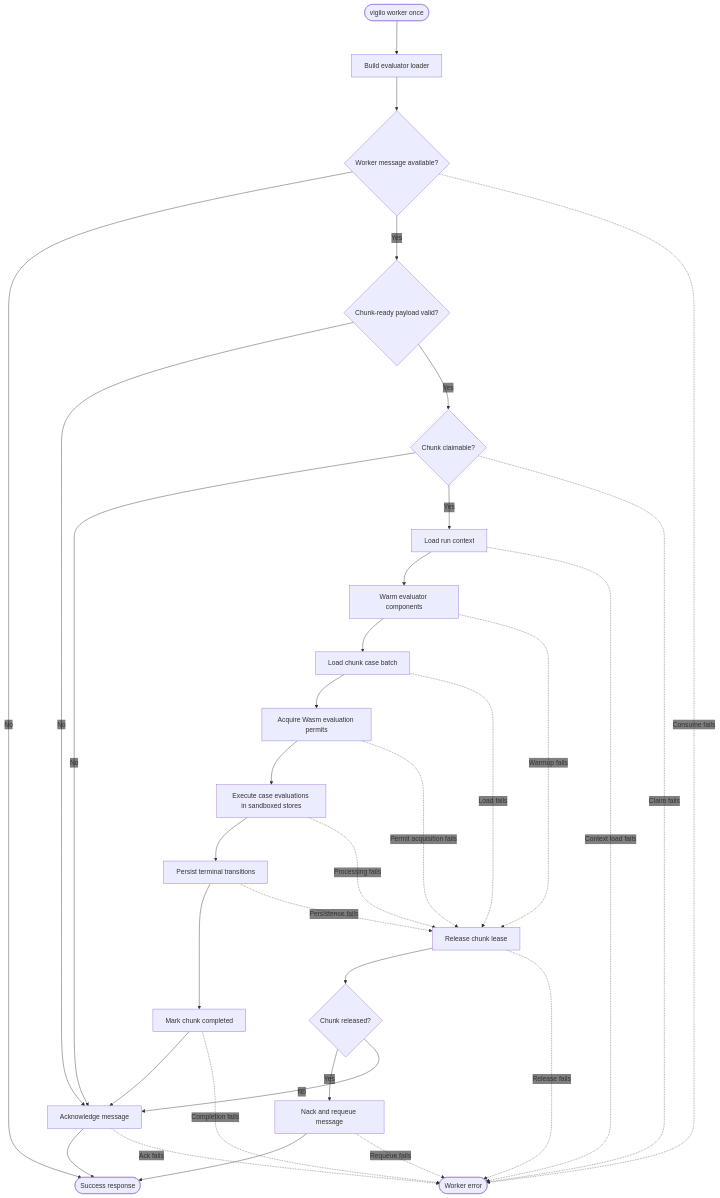
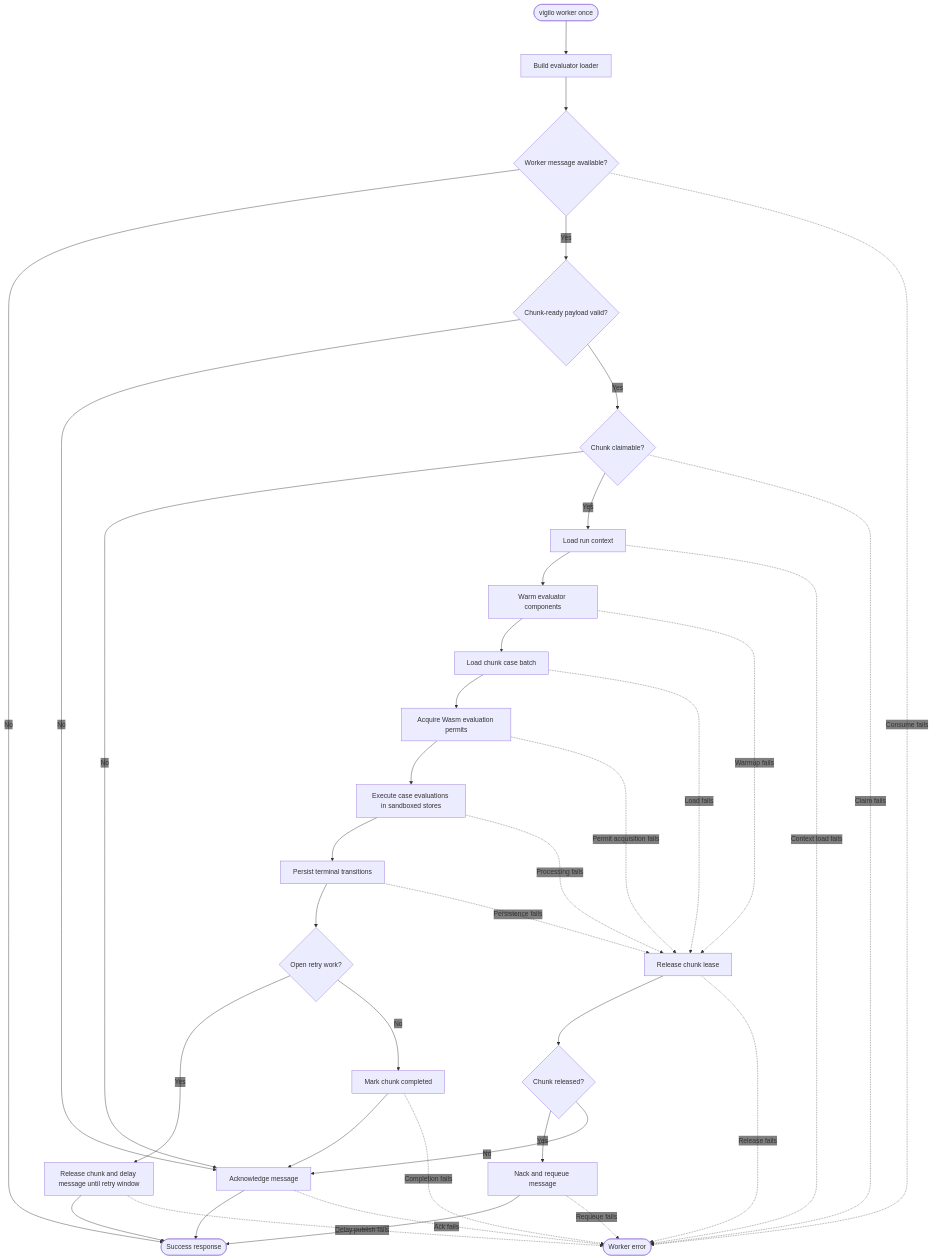
One commit to gregl83/agent-vigilo changed the diagram in web/docs/architecture/flows/worker/once/decision-flow.mmd. Above: the diagram before and after it, drawn with Mermaid. The commit also changed 26 other files, not shown here.

```diff
--- a/web/docs/architecture/flows/worker/once/decision-flow.mmd
+++ b/web/docs/architecture/flows/worker/once/decision-flow.mmd
@@ -1,83 +1,91 @@
 ---
 config:
   flowchart:
     nodeSpacing: 150
     rankSpacing: 80
   themeVariables:
     edgeLabelBackground: 'transparent'
 ---
 flowchart TD
     Start([vigilo worker once])
 
     Loader[Build evaluator loader]
     Consume{Worker message available?}
     Payload{Chunk-ready payload valid?}
     Claim{Chunk claimable?}
     Context[Load run context]
     Warm[Warm evaluator components]
     Cases[Load chunk case batch]
     Permit[Acquire Wasm evaluation permits]
     Execute[Execute case evaluations in sandboxed stores]
     Persist[Persist terminal transitions]
+    CheckRetry{Open retry work?}
+    Delay[Release chunk and delay message until retry window]
     Complete[Mark chunk completed]
     Ack[Acknowledge message]
     Release[Release chunk lease]
     Released{Chunk released?}
     Requeue[Nack and requeue message]
 
     Success([Success response])
 
     ServiceFail([Worker error])
 
     Start --> Loader
     Loader --> Consume
 
     Consume -- No --> Success
     Consume -- Yes --> Payload
     Consume -. Consume fails .-> ServiceFail
 
     Payload -- No --> Ack
     Payload -- Yes --> Claim
 
     Claim -- No --> Ack
     Claim -- Yes --> Context
     Claim -. Claim fails .-> ServiceFail
 
     Context --> Warm
     Context -. Context load fails .-> ServiceFail
 
     Warm --> Cases
     Warm -. Warmup fails .-> Release
 
     Cases --> Permit
     Cases -. Load fails .-> Release
 
     Permit --> Execute
     Permit -. Permit acquisition fails .-> Release
 
     Execute --> Persist
     Execute -. Processing fails .-> Release
 
-    Persist --> Complete
+    Persist --> CheckRetry
     Persist -. Persistence fails .-> Release
+
+    CheckRetry -- Yes --> Delay
+    CheckRetry -- No --> Complete
 
     Complete --> Ack
     Complete -. Completion fails .-> ServiceFail
 
     Ack --> Success
     Ack -. Ack fails .-> ServiceFail
 
     Release --> Released
     Release -. Release fails .-> ServiceFail
 
     Released -- Yes --> Requeue
     Released -- No --> Ack
 
     Requeue --> Success
     Requeue -. Requeue fails .-> ServiceFail
 
+    Delay --> Success
+    Delay -. Delay publish fails .-> ServiceFail
+
     class Start command
     class Success success
-    class Loader,Consume,Payload,Claim,Context,Cases,Persist,Complete,Ack,Release,Released,Requeue system
+    class Loader,Consume,Payload,Claim,Context,Cases,Persist,CheckRetry,Delay,Complete,Ack,Release,Released,Requeue system
     class Warm,Permit,Execute component
     class ServiceFail error
```
